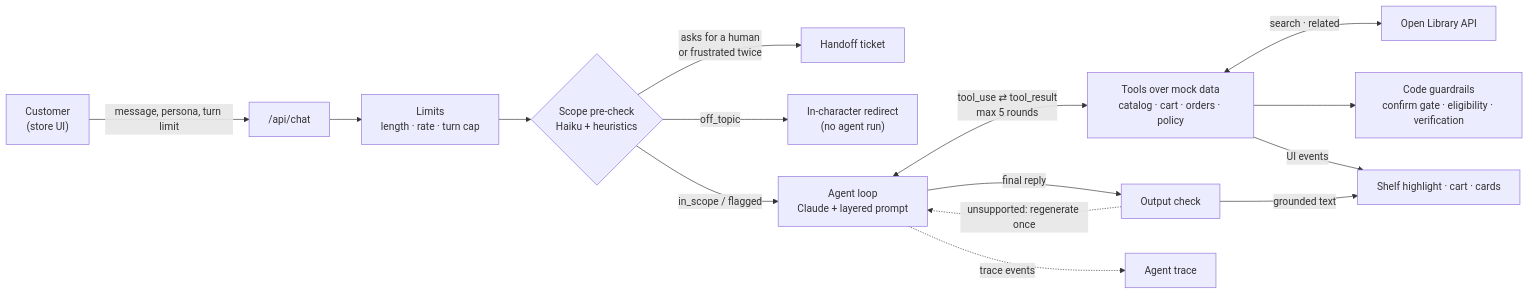
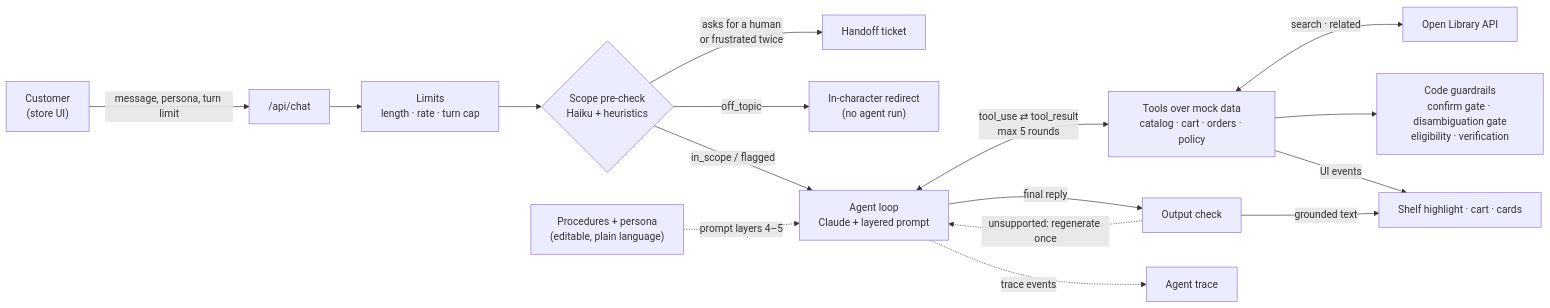
The diagram in README.md (kduckets/bookly-demo), drawn with Mermaid before and after one commit. The commit also changed other lines of this file and 29 other files, not shown here.

First line of the commit message:
Add procedures layer and disambiguation gate; Solaris as unstocked demo

````diff
--- a/README.md
+++ b/README.md
@@ -23,17 +24,18 @@
 ```mermaid
 flowchart LR
   U["Customer<br/>(store UI)"] -->|"message, persona, turn limit"| API["/api/chat"]
   API --> L["Limits<br/>length · rate · turn cap"]
   L --> P{"Scope pre-check<br/>Haiku + heuristics"}
   P -- "asks for a human<br/>or frustrated twice" --> H["Handoff ticket"]
   P -- "off_topic" --> R["In-character redirect<br/>(no agent run)"]
   P -- "in_scope / flagged" --> A["Agent loop<br/>Claude + layered prompt"]
+  PR["Procedures + persona<br/>(editable, plain language)"] -.->|"prompt layers 4–5"| A
   A <-->|"tool_use ⇄ tool_result<br/>max 5 rounds"| T["Tools over mock data<br/>catalog · cart · orders · policy"]
   T <-->|"search · related"| OL["Open Library API"]
-  T --> G["Code guardrails<br/>confirm gate · eligibility · verification"]
+  T --> G["Code guardrails<br/>confirm gate · disambiguation gate<br/>eligibility · verification"]
   T -->|"UI events"| UI["Shelf highlight · cart · cards"]
   A -->|"final reply"| OC["Output check"]
   OC -->|"grounded text"| UI
   OC -. "unsupported: regenerate once" .-> A
   A -.->|"trace events"| TR["Agent trace"]
 ```
````
